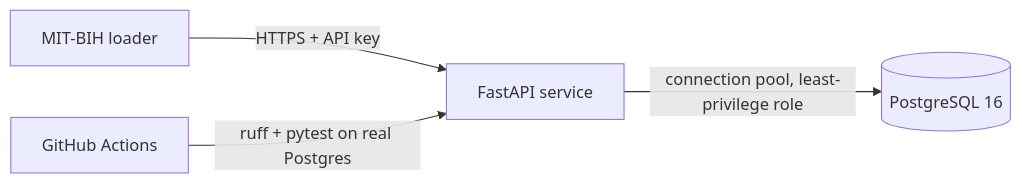
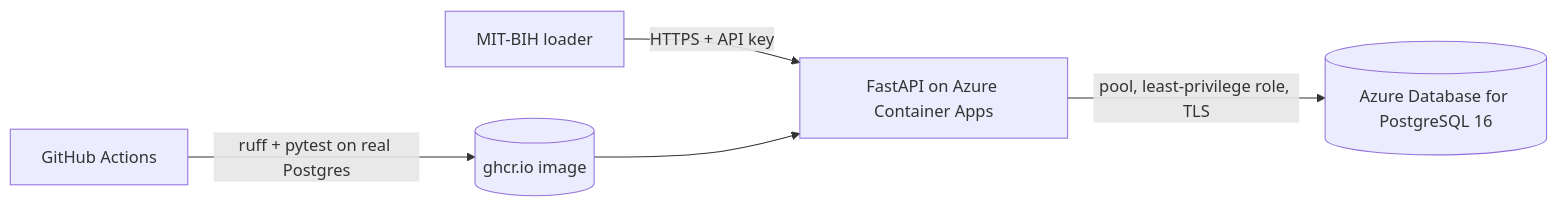
One commit to alejamadri05-glitch/pulsestore changed the diagram in README.md. Above: the diagram before and after it, drawn with Mermaid. The commit also changed other lines of this file and 3 other files, not shown here.

First line of the commit message:
Deploy the API to Azure Container Apps, and record why it uses a password

````diff
--- a/README.md
+++ b/README.md
@@ -13,6 +13,7 @@
 ```mermaid
 flowchart LR
-  L[MIT-BIH loader] -->|HTTPS + API key| A[FastAPI service]
-  A -->|connection pool, least-privilege role| D[(PostgreSQL 16)]
-  G[GitHub Actions] -->|ruff + pytest on real Postgres| A
+  L[MIT-BIH loader] -->|HTTPS + API key| A[FastAPI on Azure Container Apps]
+  A -->|pool, least-privilege role, TLS| D[(Azure Database for PostgreSQL 16)]
+  G[GitHub Actions] -->|ruff + pytest on real Postgres| R[(ghcr.io image)]
+  R --> A
 ```
````
